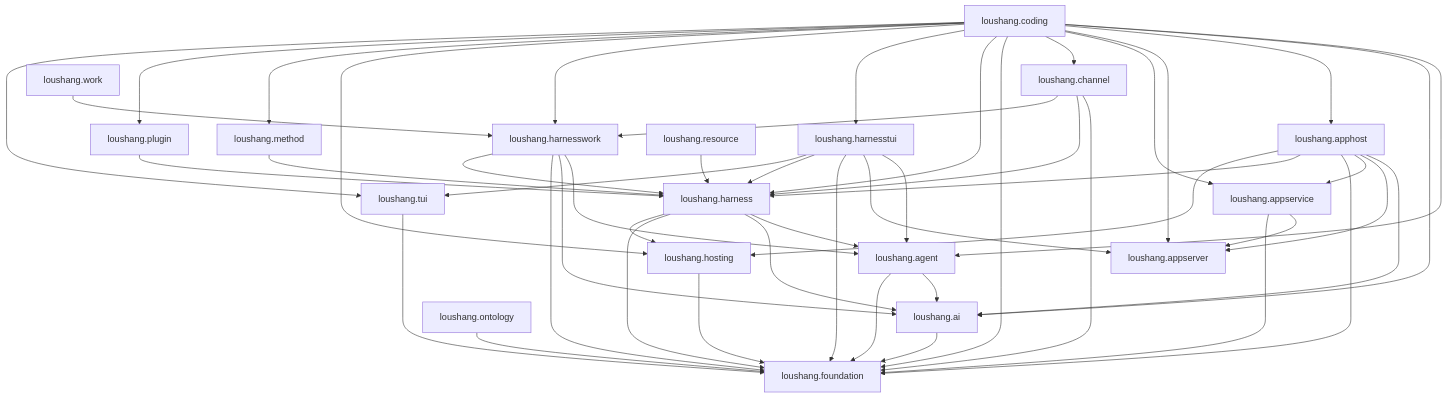
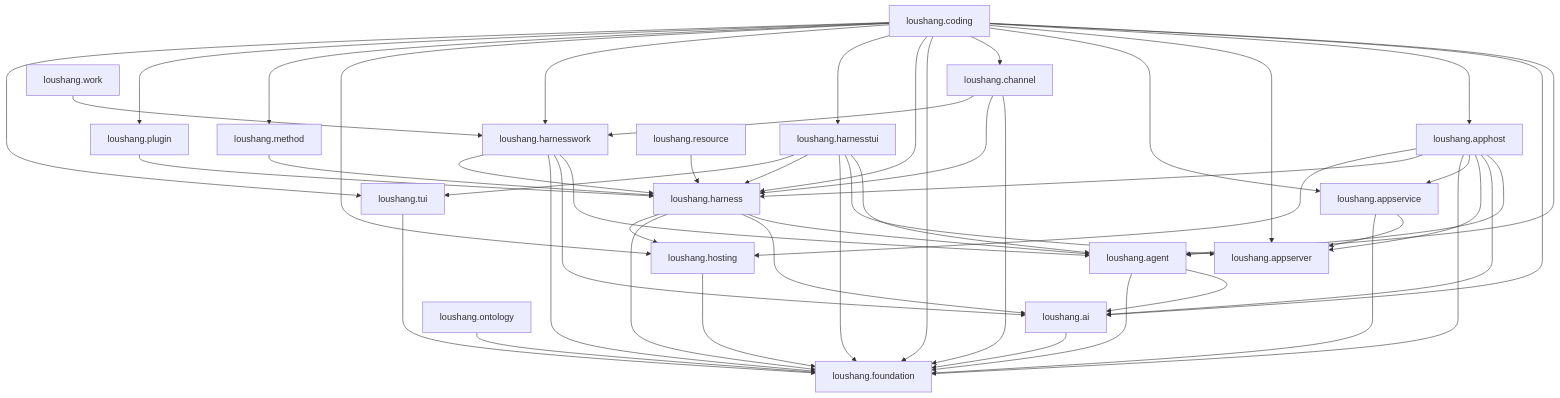
The diagram in docs/internals/architecture/generated/current-package-dependencies.md (zhnt/loushang), drawn with Mermaid before and after one commit. The commit also changed other lines of this file and 13 other files, not shown here.

````diff
--- a/docs/internals/architecture/generated/current-package-dependencies.md
+++ b/docs/internals/architecture/generated/current-package-dependencies.md
@@ -27,70 +27,71 @@
 ```mermaid
 graph TD
     PKG_AGENT["loushang.agent"]
     PKG_AI["loushang.ai"]
     PKG_APPHOST["loushang.apphost"]
     PKG_APPSERVER["loushang.appserver"]
     PKG_APPSERVICE["loushang.appservice"]
     PKG_CHANNEL["loushang.channel"]
     PKG_CODING["loushang.coding"]
     PKG_FOUNDATION["loushang.foundation"]
     PKG_HARNESS["loushang.harness"]
     PKG_HARNESSTUI["loushang.harnesstui"]
     PKG_HARNESSWORK["loushang.harnesswork"]
     PKG_HOSTING["loushang.hosting"]
     PKG_METHOD["loushang.method"]
     PKG_ONTOLOGY["loushang.ontology"]
     PKG_PLUGIN["loushang.plugin"]
     PKG_RESOURCE["loushang.resource"]
     PKG_TUI["loushang.tui"]
     PKG_WORK["loushang.work"]
 
     PKG_AGENT --> PKG_AI
     PKG_AGENT --> PKG_FOUNDATION
     PKG_AI --> PKG_FOUNDATION
+    PKG_APPHOST --> PKG_AGENT
     PKG_APPHOST --> PKG_AI
     PKG_APPHOST --> PKG_APPSERVER
     PKG_APPHOST --> PKG_APPSERVICE
     PKG_APPHOST --> PKG_FOUNDATION
     PKG_APPHOST --> PKG_HARNESS
     PKG_APPHOST --> PKG_HOSTING
     PKG_APPSERVICE --> PKG_APPSERVER
     PKG_APPSERVICE --> PKG_FOUNDATION
     PKG_CHANNEL --> PKG_FOUNDATION
     PKG_CHANNEL --> PKG_HARNESS
     PKG_CHANNEL --> PKG_HARNESSWORK
     PKG_CODING --> PKG_AGENT
     PKG_CODING --> PKG_AI
     PKG_CODING --> PKG_APPHOST
     PKG_CODING --> PKG_APPSERVER
     PKG_CODING --> PKG_APPSERVICE
     PKG_CODING --> PKG_CHANNEL
     PKG_CODING --> PKG_FOUNDATION
     PKG_CODING --> PKG_HARNESS
     PKG_CODING --> PKG_HARNESSTUI
     PKG_CODING --> PKG_HARNESSWORK
     PKG_CODING --> PKG_HOSTING
     PKG_CODING --> PKG_METHOD
     PKG_CODING --> PKG_PLUGIN
     PKG_CODING --> PKG_TUI
     PKG_HARNESS --> PKG_AGENT
     PKG_HARNESS --> PKG_AI
     PKG_HARNESS --> PKG_FOUNDATION
     PKG_HARNESS --> PKG_HOSTING
     PKG_HARNESSTUI --> PKG_AGENT
     PKG_HARNESSTUI --> PKG_APPSERVER
     PKG_HARNESSTUI --> PKG_FOUNDATION
     PKG_HARNESSTUI --> PKG_HARNESS
     PKG_HARNESSTUI --> PKG_TUI
     PKG_HARNESSWORK --> PKG_AGENT
     PKG_HARNESSWORK --> PKG_AI
     PKG_HARNESSWORK --> PKG_FOUNDATION
     PKG_HARNESSWORK --> PKG_HARNESS
     PKG_HOSTING --> PKG_FOUNDATION
     PKG_METHOD --> PKG_HARNESS
     PKG_ONTOLOGY --> PKG_FOUNDATION
     PKG_PLUGIN --> PKG_HARNESS
     PKG_RESOURCE --> PKG_HARNESS
     PKG_TUI --> PKG_FOUNDATION
     PKG_WORK --> PKG_HARNESSWORK
 ```
````
